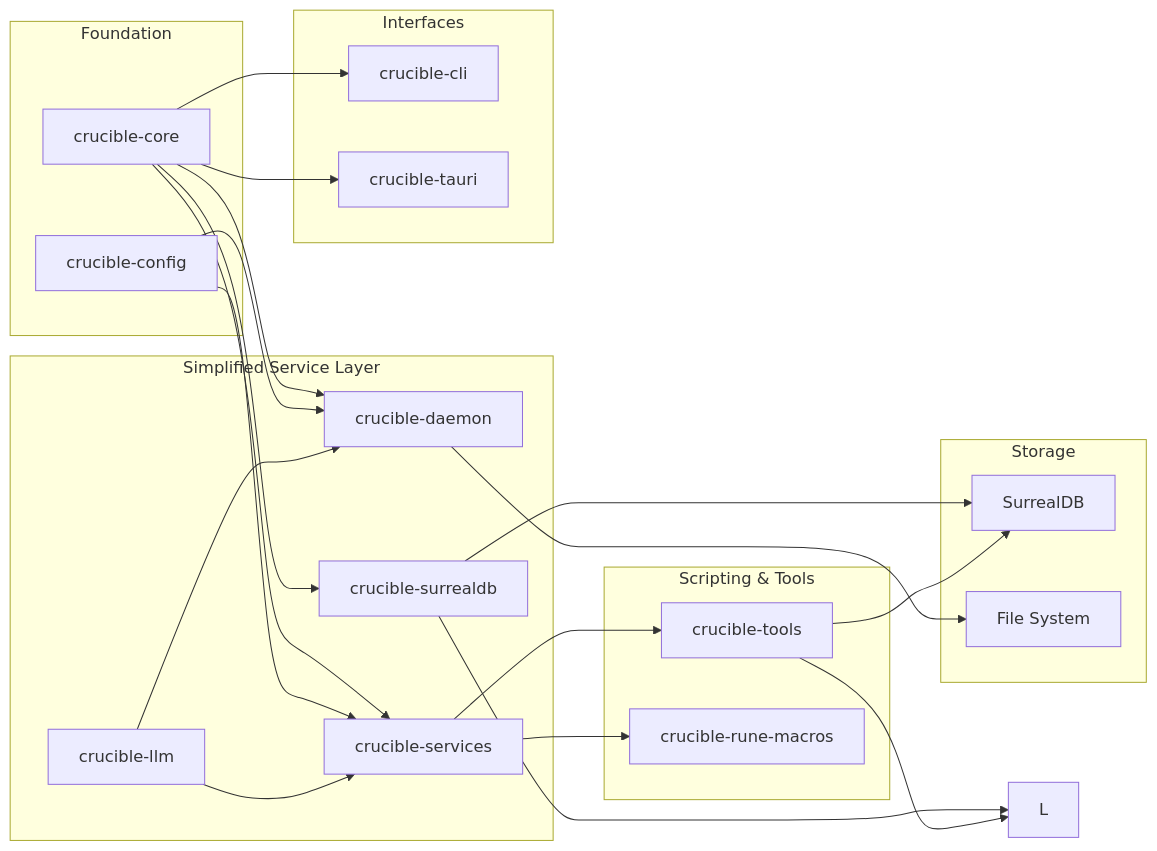
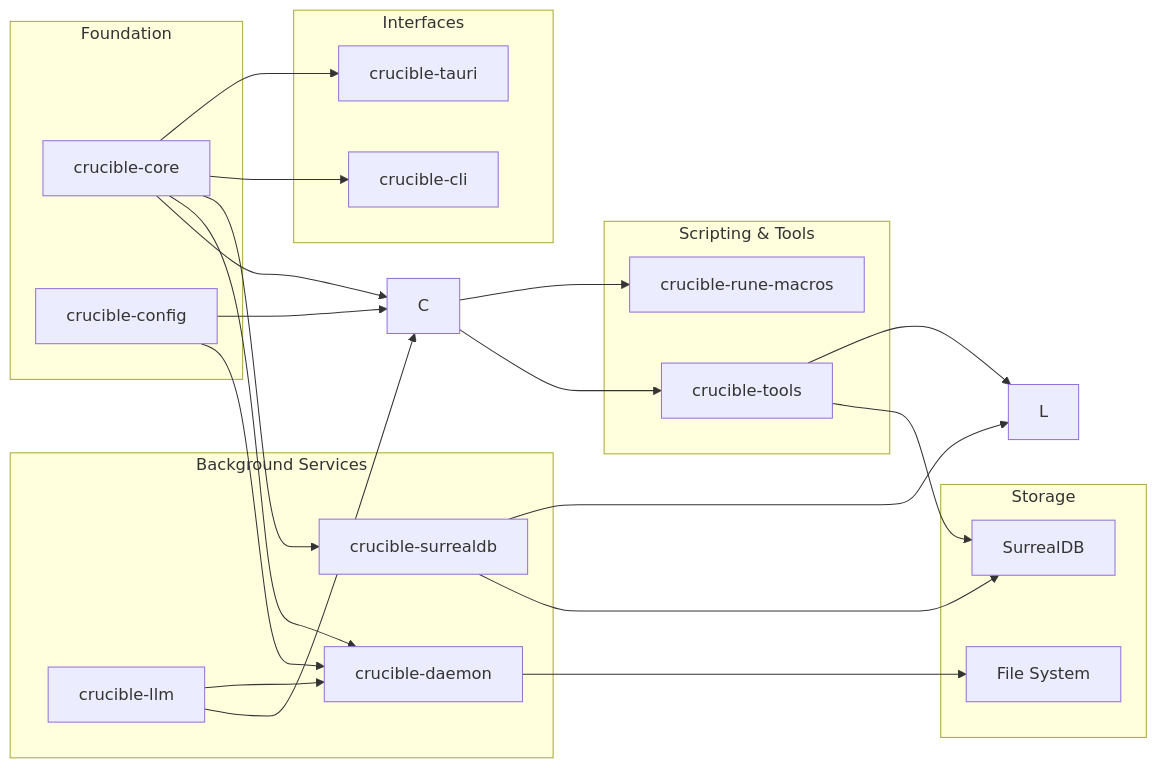
The second of 6 diagrams in docs/ARCHITECTURE.md (Mootikins/crucible), drawn with Mermaid before and after one commit. The commit also changed other lines of this file and 28 other files, not shown here.

Commit message:
chore: drop crucible-services crate and update docs

````diff
--- a/docs/ARCHITECTURE.md
+++ b/docs/ARCHITECTURE.md
@@ -74,52 +74,51 @@
 ```mermaid
 graph LR
     subgraph "Foundation"
         A[crucible-core]
         B[crucible-config]
     end
 
-    subgraph "Simplified Service Layer"
-        C[crucible-services]
+    subgraph "Background Services"
         D[crucible-daemon]
         E[crucible-surrealdb]
         F[crucible-llm]
     end
 
     subgraph "Scripting & Tools"
         G[crucible-tools]
         H[crucible-rune-macros]
     end
 
     subgraph "Interfaces"
         I[crucible-cli]
         J[crucible-tauri]
     end
 
     subgraph "Storage"
         K[SurrealDB]
         M[File System]
     end
 
     A --> C
     A --> D
     A --> E
     A --> I
     A --> J
 
     B --> D
     B --> C
 
     C --> G
     C --> H
 
     F --> C
     F --> D
 
     E --> K
     E --> L
 
     D --> M
 
     G --> K
     G --> L
 ```
````
